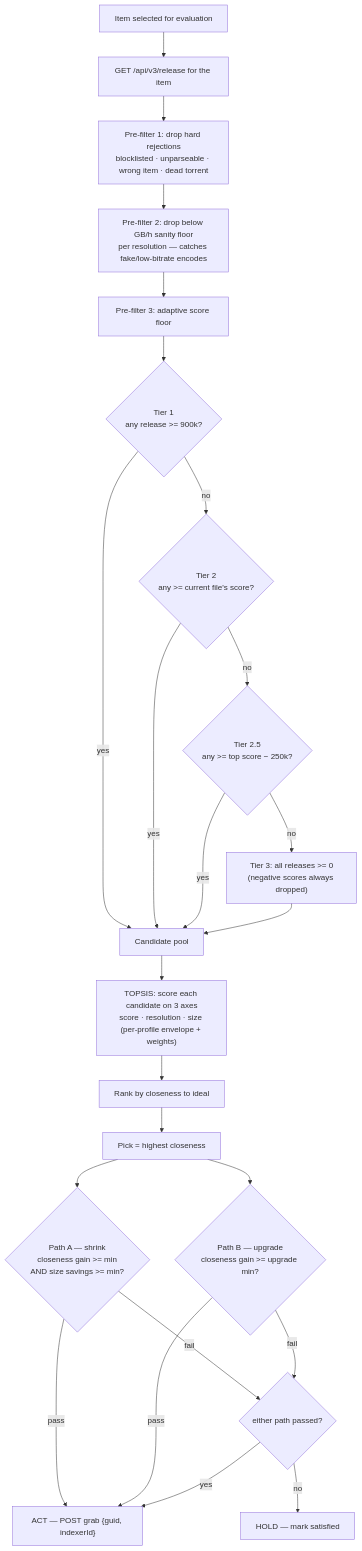
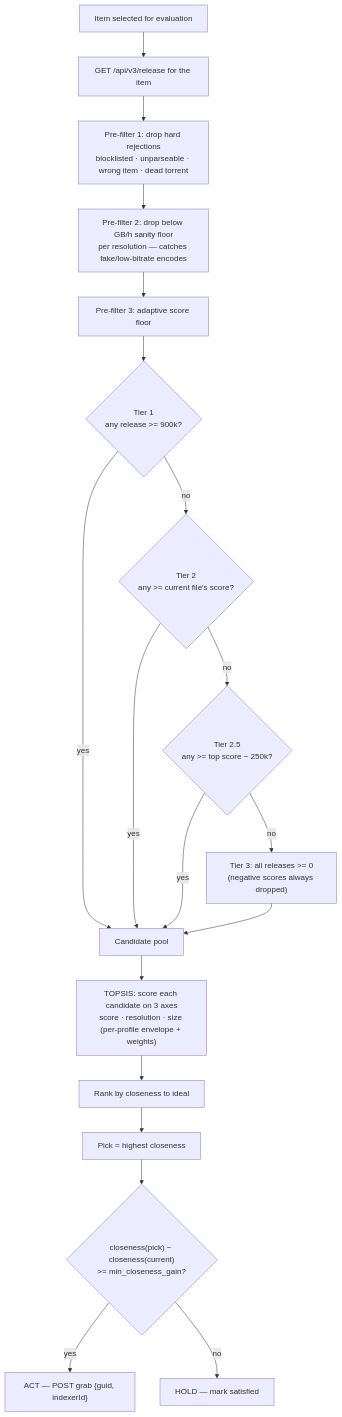
Before and after one commit to patrix87/stalearr: the first of 3 diagrams in docs/optimizer-design.md, drawn with Mermaid. The commit also changed other lines of this file and 30 other files, not shown here.

First line of the commit message:
restructure into feature-sliced architecture; single closeness swap gate

````diff
--- a/docs/optimizer-design.md
+++ b/docs/optimizer-design.md
@@ -22,29 +22,24 @@
 ```mermaid
 flowchart TD
     A["Item selected for evaluation"] --> B["GET /api/v3/release for the item"]
     B --> C["Pre-filter 1: drop hard rejections<br/>blocklisted · unparseable · wrong item · dead torrent"]
     C --> D["Pre-filter 2: drop below GB/h sanity floor<br/>per resolution — catches fake/low-bitrate encodes"]
     D --> E["Pre-filter 3: adaptive score floor"]
 
     E --> T1{"Tier 1<br/>any release >= 900k?"}
     T1 -->|yes| P["Candidate pool"]
     T1 -->|no| T2{"Tier 2<br/>any >= current file's score?"}
     T2 -->|yes| P
     T2 -->|no| T3{"Tier 2.5<br/>any >= top score − 250k?"}
     T3 -->|yes| P
     T3 -->|no| T4["Tier 3: all releases >= 0<br/>(negative scores always dropped)"]
     T4 --> P
 
     P --> S["TOPSIS: score each candidate on 3 axes<br/>score · resolution · size (per-profile envelope + weights)"]
     S --> R["Rank by closeness to ideal"]
     R --> PICK["Pick = highest closeness"]
 
-    PICK --> GA{"Path A — shrink<br/>closeness gain >= min<br/>AND size savings >= min?"}
-    PICK --> GB{"Path B — upgrade<br/>closeness gain >= upgrade min?"}
-    GA -->|pass| ACT["ACT — POST grab {guid, indexerId}"]
-    GB -->|pass| ACT
-    GA -->|fail| OR{"either path passed?"}
-    GB -->|fail| OR
-    OR -->|no| HOLD["HOLD — mark satisfied"]
-    OR -->|yes| ACT
+    PICK --> G{"closeness(pick) − closeness(current)<br/>>= min_closeness_gain?"}
+    G -->|yes| ACT["ACT — POST grab {guid, indexerId}"]
+    G -->|no| HOLD["HOLD — mark satisfied"]
 ```
````
